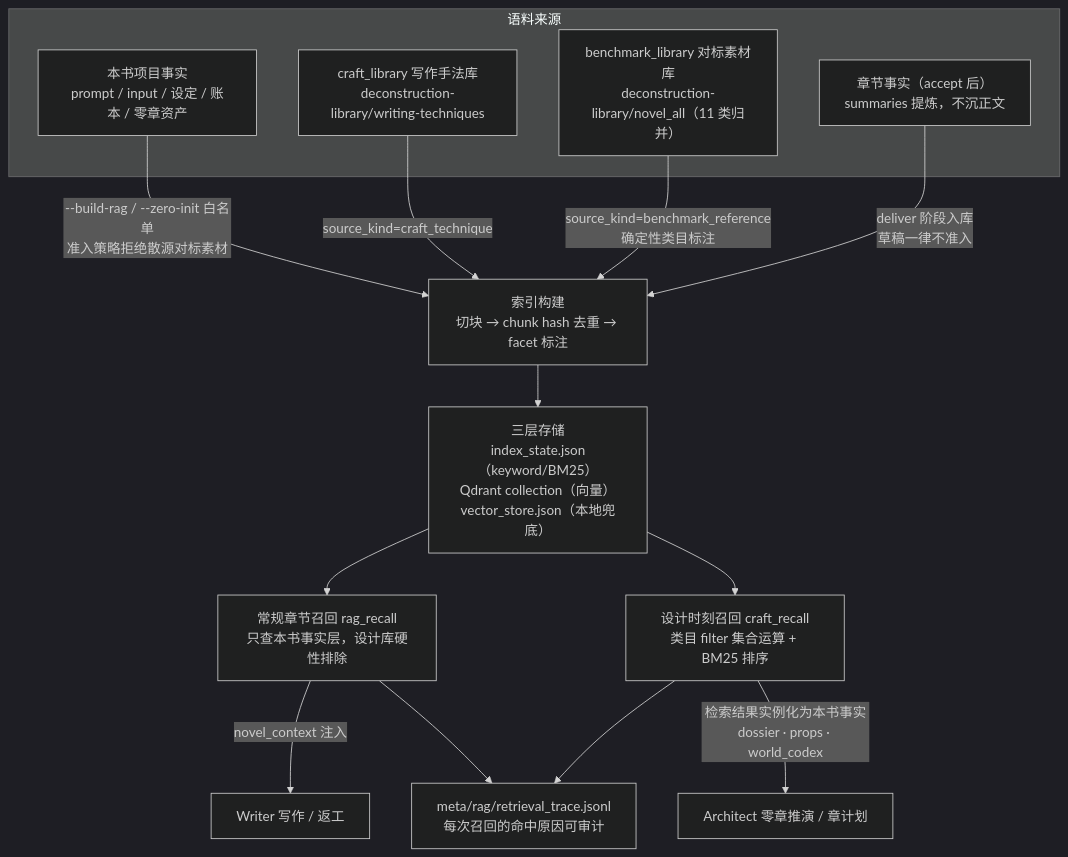
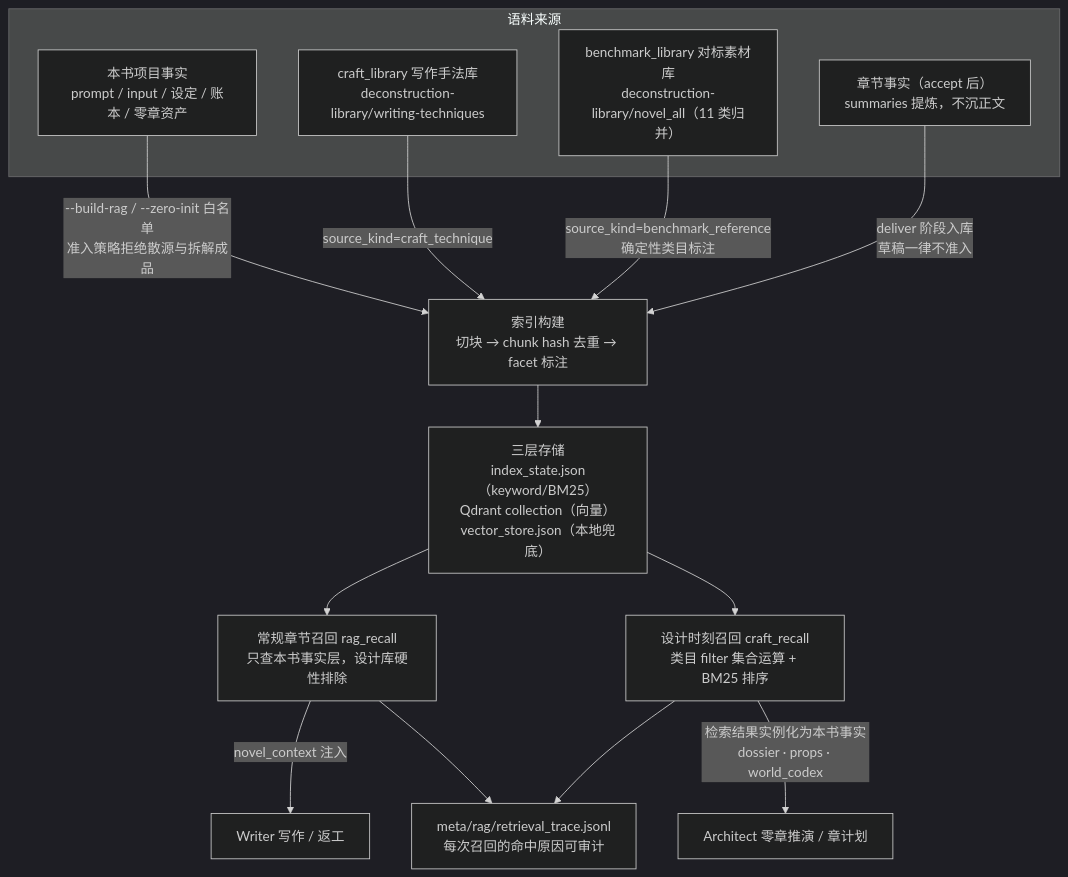
One commit to Xiaoyangy/novel-studio changed the fourth of 4 diagrams in README.md. Above: the diagram before and after it, drawn with Mermaid (dark theme). The commit also changed other lines of this file and 41 other files, not shown here.

````diff
--- a/README.md
+++ b/README.md
@@ -286,20 +286,20 @@
 ```mermaid
 flowchart TD
     subgraph SRC["语料来源"]
         S1["本书项目事实<br/>prompt / input / 设定 / 账本 / 零章资产"]
         S2["craft_library 写作手法库<br/>deconstruction-library/writing-techniques"]
         S3["benchmark_library 对标素材库<br/>deconstruction-library/novel_all（11 类归并）"]
         S4["章节事实（accept 后）<br/>summaries 提炼，不沉正文"]
     end
-    S1 -->|"--build-rag / --zero-init 白名单<br/>准入策略拒绝散源对标素材"| IDX["索引构建<br/>切块 → chunk hash 去重 → facet 标注"]
+    S1 -->|"--build-rag / --zero-init 白名单<br/>准入策略拒绝散源与拆解成品"| IDX["索引构建<br/>切块 → chunk hash 去重 → facet 标注"]
     S2 -->|"source_kind=craft_technique"| IDX
     S3 -->|"source_kind=benchmark_reference<br/>确定性类目标注"| IDX
     S4 -->|"deliver 阶段入库<br/>草稿一律不准入"| IDX
     IDX --> STO["三层存储<br/>index_state.json（keyword/BM25）<br/>Qdrant collection（向量）<br/>vector_store.json（本地兜底）"]
     STO --> Q1["常规章节召回 rag_recall<br/>只查本书事实层，设计库硬性排除"]
     STO --> Q2["设计时刻召回 craft_recall<br/>类目 filter 集合运算 + BM25 排序"]
     Q1 -->|"novel_context 注入"| WR2["Writer 写作 / 返工"]
     Q2 -->|"检索结果实例化为本书事实<br/>dossier · props · world_codex"| AR2["Architect 零章推演 / 章计划"]
     Q1 --> TR["meta/rag/retrieval_trace.jsonl<br/>每次召回的命中原因可审计"]
     Q2 --> TR
 ```
````
